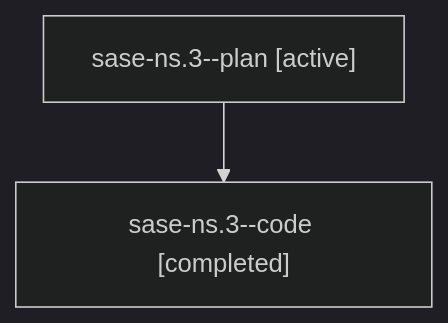
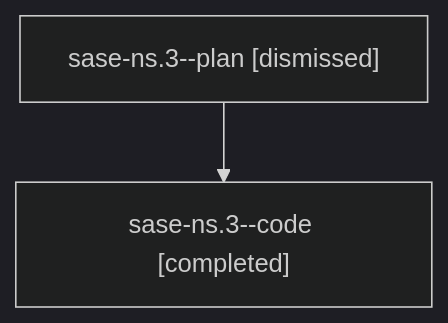
The diagram in sessions/bbugyi200.athena.sase-ns.3.md (sase-org/sase--agents), drawn with Mermaid (dark theme) before and after one commit. The commit also changed other lines of this file and 219 other files, not shown here.

````diff
--- a/sessions/bbugyi200.athena.sase-ns.3.md
+++ b/sessions/bbugyi200.athena.sase-ns.3.md
@@ -9,6 +9,6 @@
 ```mermaid
 flowchart TD
-  n0["sase-ns.3--plan [active]"]
+  n0["sase-ns.3--plan [dismissed]"]
   n1["sase-ns.3--code [completed]"]
   n0 --> n1
 ```
````
